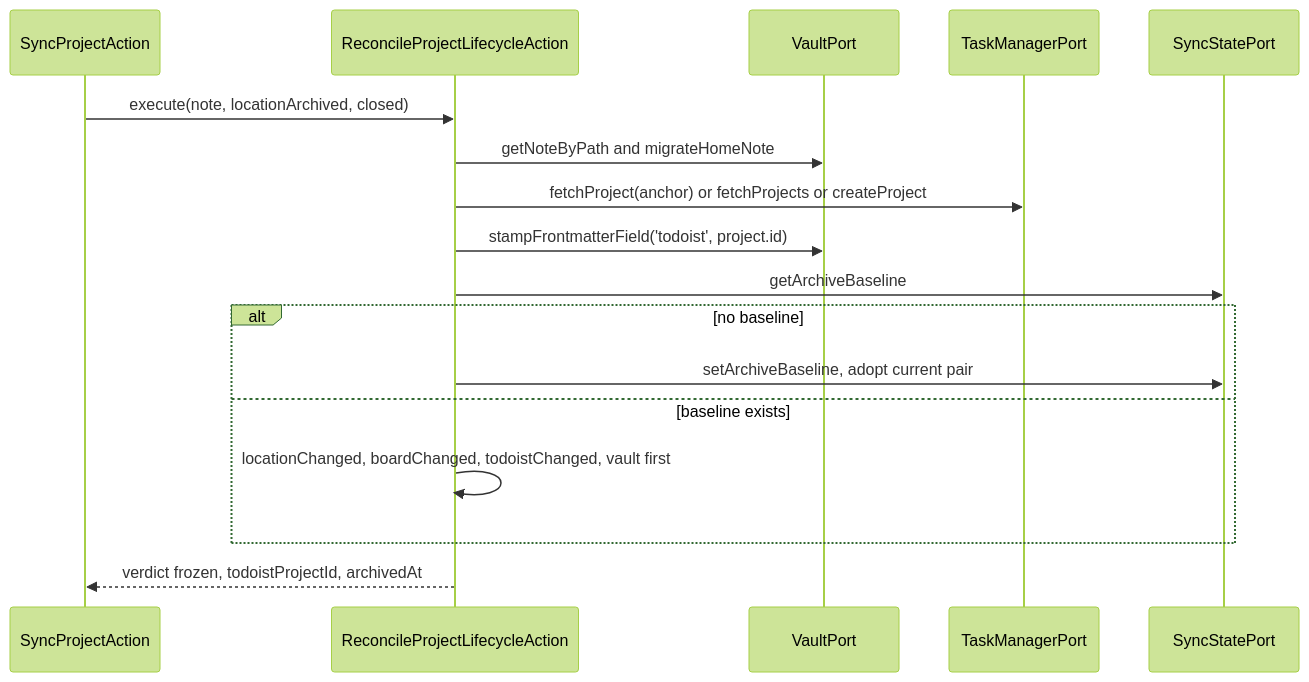
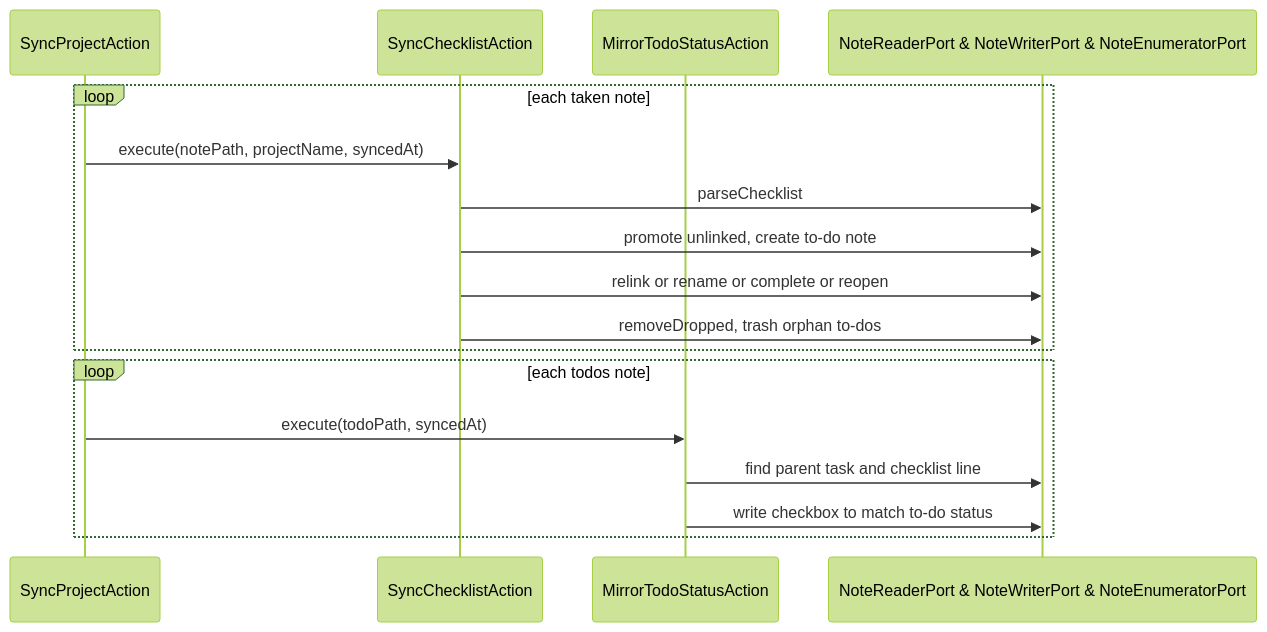
Before and after one commit to 99linesofcode/obsidian-project-management: diagram 14 of 18 in docs/developer-manual.md, drawn with Mermaid (forest theme). The commit also changed other lines of this file and 246 other files, not shown here.

````diff
--- a/docs/developer-manual.md
+++ b/docs/developer-manual.md
@@ -689,20 +692,20 @@
 ```mermaid
 sequenceDiagram
   participant SP as SyncProjectAction
-  participant Life as ReconcileProjectLifecycleAction
-  participant V as VaultPort
-  participant TM as TaskManagerPort
-  participant SS as SyncStatePort
+  participant Chk as SyncChecklistAction
+  participant Mir as MirrorTodoStatusAction
+  participant V as NoteReaderPort & NoteWriterPort & NoteEnumeratorPort
 
-  SP->>Life: execute(note, locationArchived, closed)
-  Life->>V: getNoteByPath and migrateHomeNote
-  Life->>TM: fetchProject(anchor) or fetchProjects or createProject
-  Life->>V: stampFrontmatterField('todoist', project.id)
-  Life->>SS: getArchiveBaseline
-  alt no baseline
-    Life->>SS: setArchiveBaseline, adopt current pair
-  else baseline exists
-    Life->>Life: locationChanged, boardChanged, todoistChanged, vault first
+  loop each taken note
+    SP->>Chk: execute(notePath, projectName, syncedAt)
+    Chk->>V: parseChecklist
+    Chk->>V: promote unlinked, create to-do note
+    Chk->>V: relink or rename or complete or reopen
+    Chk->>V: removeDropped, trash orphan to-dos
   end
-  Life-->>SP: verdict frozen, todoistProjectId, archivedAt
+  loop each todos note
+    SP->>Mir: execute(todoPath, syncedAt)
+    Mir->>V: find parent task and checklist line
+    Mir->>V: write checkbox to match to-do status
+  end
 ```
````
